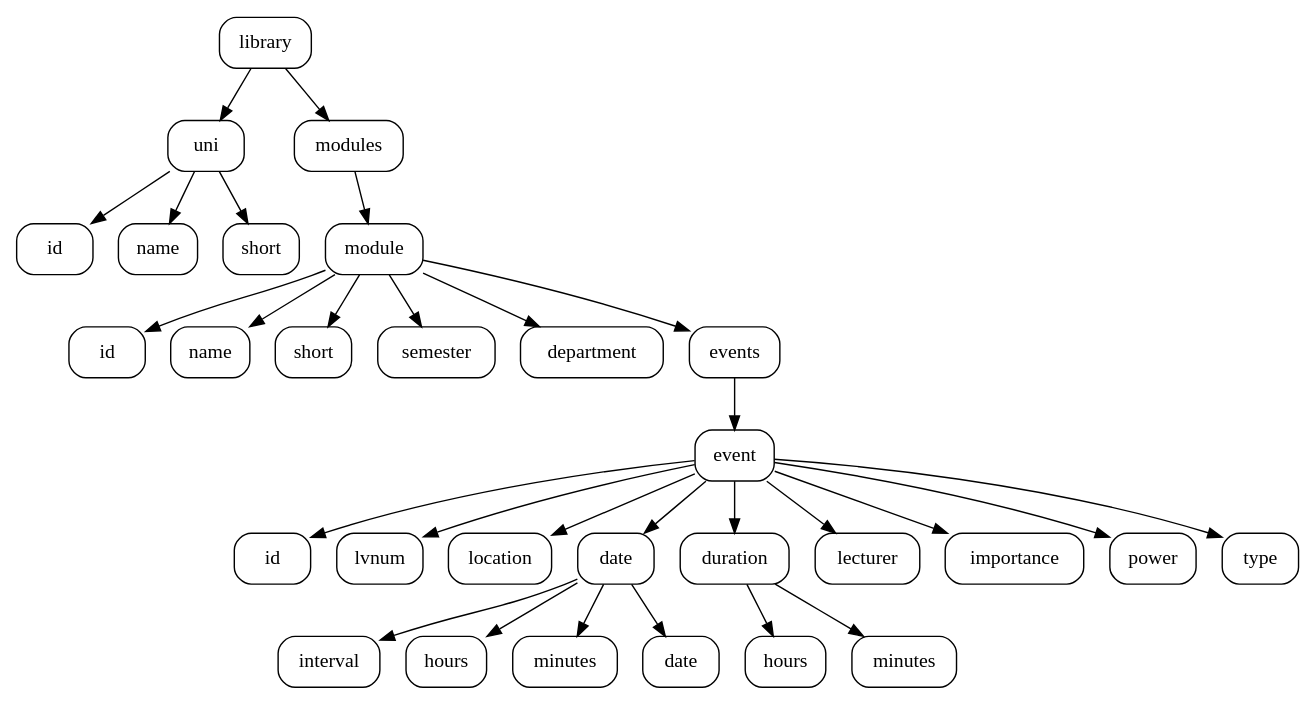
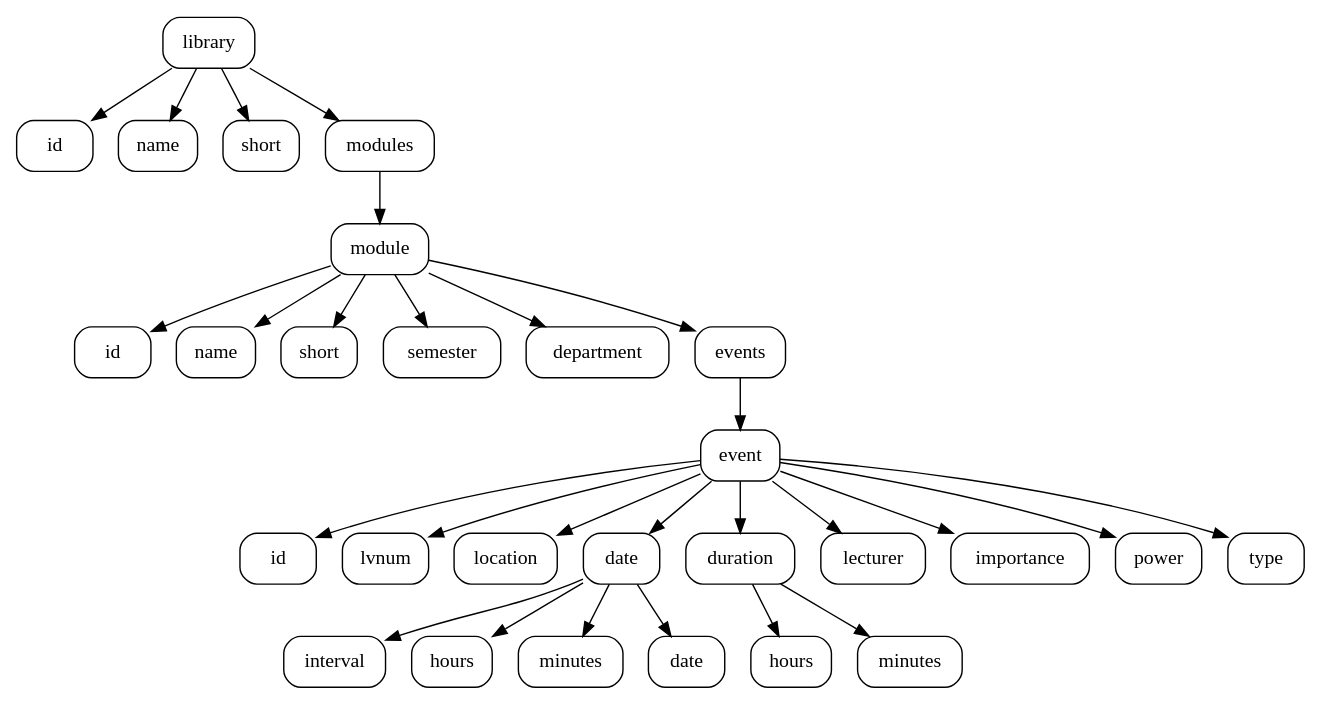
One commit to chronus7/StudyPlaner changed the diagram in Xml-Structure/uniLib.dot. Above: the diagram before and after it, drawn with Graphviz. The commit also changed 6 other files, not shown here.

Commit message:
Now for UniLibrary. xsd etc. updated.

```diff
--- a/Xml-Structure/uniLib.dot
+++ b/Xml-Structure/uniLib.dot
@@ -1,71 +1,68 @@
 digraph UniLibStructure {
 	rankdir = TD
 
 	{ node [shape = Mrecord]
 		library
 		
-		uni
 		idu [label = "id"]
 		nameu [label = "name"]
 		shortu [label = "short"]
 		modules
 
 		module
 		idm [label = "id"]
 		namem [label = "name"]
 		shortm [label = "short"]
 		semester
 		department
 		events
 
 		event
 		ide [label = "id"]
 		lvnum
 		location
 		date
 			interval
 			hours
 			minutes
 			dated [label = "date"]
 		duration
 			hoursd [label = "hours"]
 			minutesd [label = "minutes"]
 		lecturer
 		importance
 		power
 		type
 	}
-	library -> uni
+	library -> idu
+	library -> nameu
+	library -> shortu
 	library -> modules
-
-	uni -> idu
-	uni -> nameu
-	uni -> shortu
 
 	modules -> module
 	module -> idm
 	module -> namem
 	module -> shortm
 	module -> semester
 	module -> department
 	module -> events
 	events -> event
 
 	event -> ide
 	event -> lvnum
 	event -> location
 	event -> date
 	event -> duration
 	event -> lecturer
 	event -> importance
 	event -> power
 	event -> type
 
 	date -> interval
 	date -> hours
 	date -> minutes
 	date -> dated
 
 	duration -> hoursd
 	duration -> minutesd
 }
```
